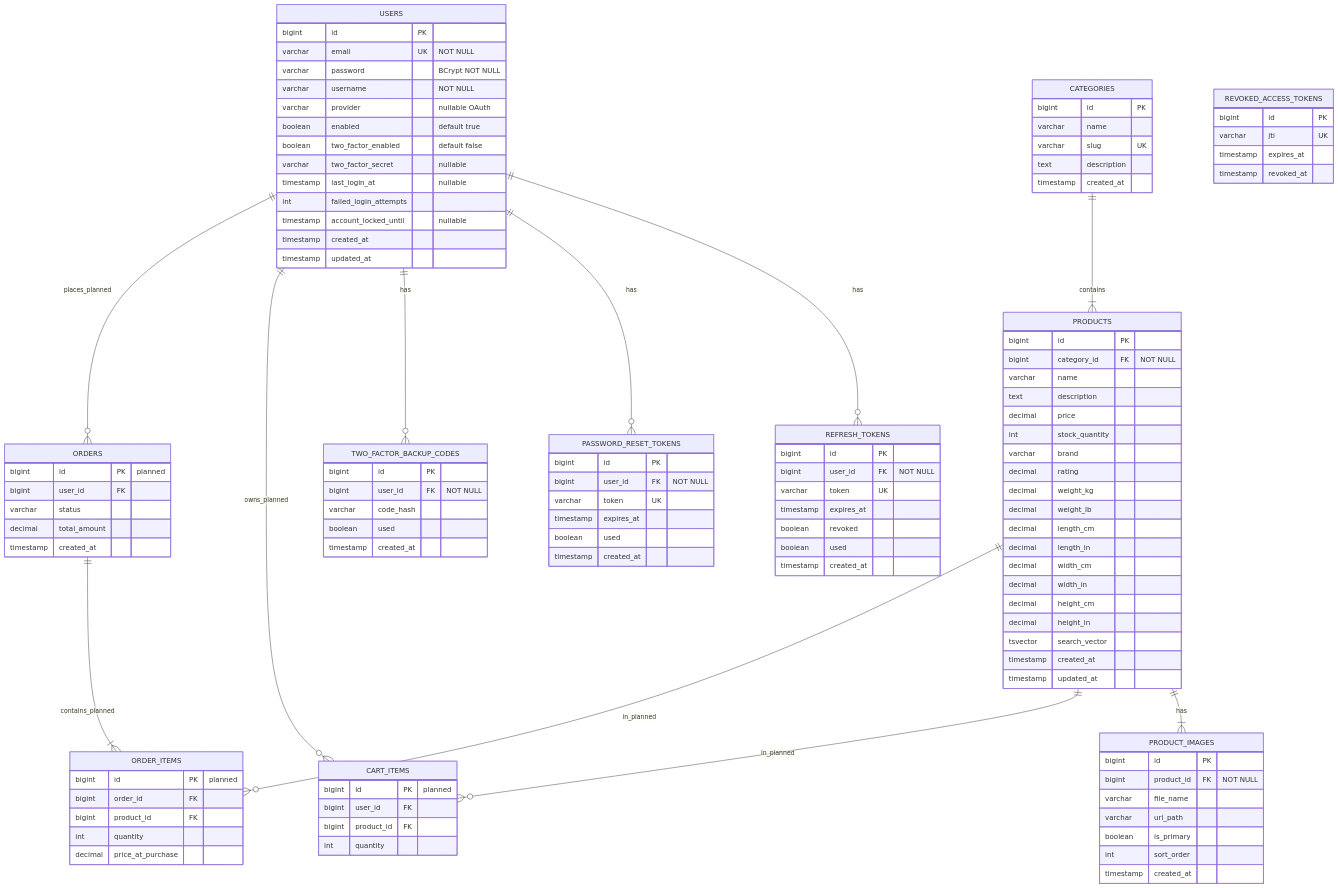
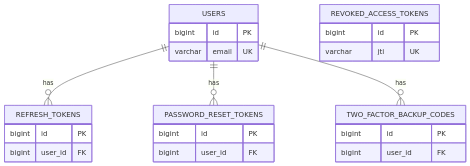
The first of 3 diagrams in README.md (erikmartinmerisalu/i-love-shopping), drawn with Mermaid before and after one commit. The commit also changed other lines of this file and 1 other file, not shown here.

Commit message:
Readme+setup guide tweaks

````diff
--- a/README.md
+++ b/README.md
@@ -176,126 +178,26 @@
 ```mermaid
 erDiagram
-    USERS ||--o{ REFRESH_TOKENS : "has"
-    USERS ||--o{ PASSWORD_RESET_TOKENS : "has"
-    USERS ||--o{ TWO_FACTOR_BACKUP_CODES : "has"
-    USERS ||--o{ CART_ITEMS : "owns_planned"
-    USERS ||--o{ ORDERS : "places_planned"
-    CATEGORIES ||--|{ PRODUCTS : "contains"
-    PRODUCTS ||--|{ PRODUCT_IMAGES : "has"
-    PRODUCTS ||--o{ CART_ITEMS : "in_planned"
-    PRODUCTS ||--o{ ORDER_ITEMS : "in_planned"
-    ORDERS ||--|{ ORDER_ITEMS : "contains_planned"
-
+    USERS ||--o{ REFRESH_TOKENS : has
+    USERS ||--o{ PASSWORD_RESET_TOKENS : has
+    USERS ||--o{ TWO_FACTOR_BACKUP_CODES : has
     USERS {
         bigint id PK
-        varchar email UK "NOT NULL"
-        varchar password "BCrypt NOT NULL"
-        varchar username "NOT NULL"
-        varchar provider "nullable OAuth"
-        boolean enabled "default true"
-        boolean two_factor_enabled "default false"
-        varchar two_factor_secret "nullable"
-        timestamp last_login_at "nullable"
-        int failed_login_attempts
-        timestamp account_locked_until "nullable"
-        timestamp created_at
-        timestamp updated_at
+        varchar email UK
     }
-
     REFRESH_TOKENS {
         bigint id PK
-        bigint user_id FK "NOT NULL"
-        varchar token UK
-        timestamp expires_at
-        boolean revoked
-        boolean used
-        timestamp created_at
+        bigint user_id FK
     }
-
     PASSWORD_RESET_TOKENS {
         bigint id PK
-        bigint user_id FK "NOT NULL"
-        varchar token UK
-        timestamp expires_at
-        boolean used
-        timestamp created_at
+        bigint user_id FK
     }
-
+    TWO_FACTOR_BACKUP_CODES {
+        bigint id PK
+        bigint user_id FK
+    }
     REVOKED_ACCESS_TOKENS {
         bigint id PK
         varchar jti UK
-        timestamp expires_at
-        timestamp revoked_at
-    }
-
-    TWO_FACTOR_BACKUP_CODES {
-        bigint id PK
-        bigint user_id FK "NOT NULL"
-        varchar code_hash
-        boolean used
-        timestamp created_at
-    }
-
-    CATEGORIES {
-        bigint id PK
-        varchar name
-        varchar slug UK
-        text description
-        timestamp created_at
-    }
-
-    PRODUCTS {
-        bigint id PK
-        bigint category_id FK "NOT NULL"
-        varchar name
-        text description
-        decimal price
-        int stock_quantity
-        varchar brand
-        decimal rating
-        decimal weight_kg
-        decimal weight_lb
-        decimal length_cm
-        decimal length_in
-        decimal width_cm
-        decimal width_in
-        decimal height_cm
-        decimal height_in
-        tsvector search_vector
-        timestamp created_at
-        timestamp updated_at
-    }
-
-    PRODUCT_IMAGES {
-        bigint id PK
-        bigint product_id FK "NOT NULL"
-        varchar file_name
-        varchar url_path
-        boolean is_primary
-        int sort_order
-        timestamp created_at
-    }
-
-    CART_ITEMS {
-        bigint id PK "planned"
-        bigint user_id FK
-        bigint product_id FK
-        int quantity
-    }
-
-    ORDERS {
-        bigint id PK "planned"
-        bigint user_id FK
-        varchar status
-        decimal total_amount
-        timestamp created_at
-    }
-
-    ORDER_ITEMS {
-        bigint id PK "planned"
-        bigint order_id FK
-        bigint product_id FK
-        int quantity
-        decimal price_at_purchase
     }
 ```
````
